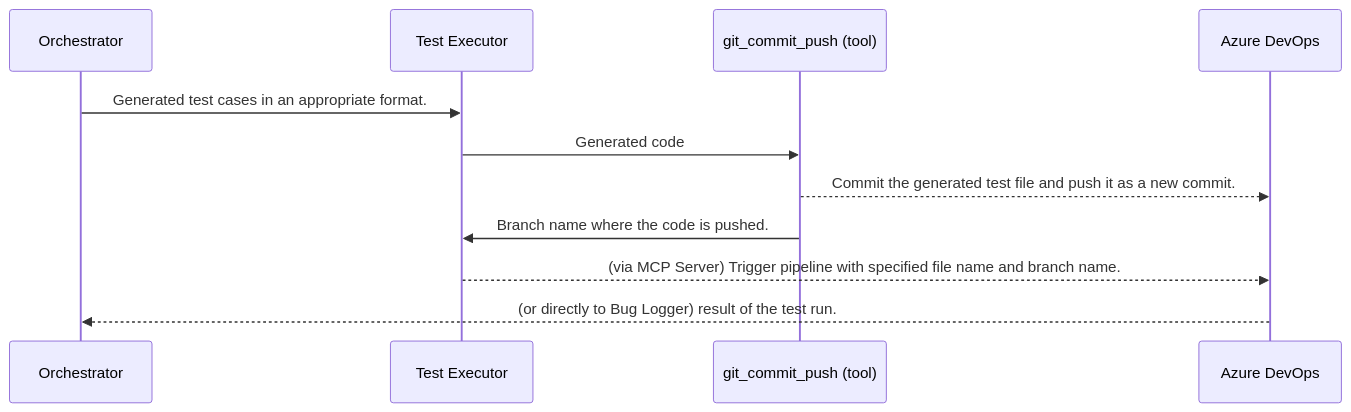
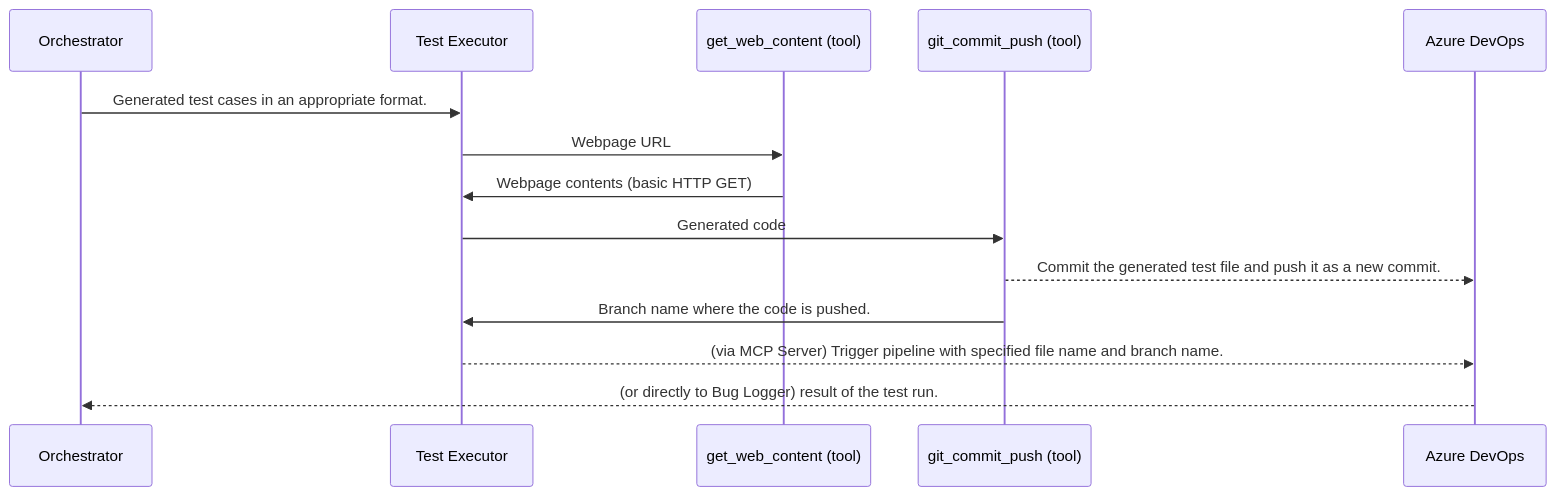
The diagram in README.md (yashovardhan99/stlc-foundry-solution), drawn with Mermaid before and after one commit. The commit also changed other lines of this file and 2 other files, not shown here.

Commit message:
Prompt optimization and new syntax validation

```diff
--- a/README.md
+++ b/README.md
@@ -23,9 +23,11 @@
 ::: mermaid
 sequenceDiagram
     Orchestrator ->> Test Executor: Generated test cases in an appropriate format.
+    Test Executor ->> get_web_content (tool): Webpage URL
+    get_web_content (tool) ->> Test Executor: Webpage contents (basic HTTP GET)
     Test Executor ->> git_commit_push (tool): Generated code
     git_commit_push (tool) -->> Azure DevOps: Commit the generated test file and push it as a new commit.
     git_commit_push (tool) ->> Test Executor: Branch name where the code is pushed.
     Test Executor -->> Azure DevOps: (via MCP Server) Trigger pipeline with specified file name and branch name.
     Azure DevOps -->> Orchestrator: (or directly to Bug Logger) result of the test run.
 :::
```
